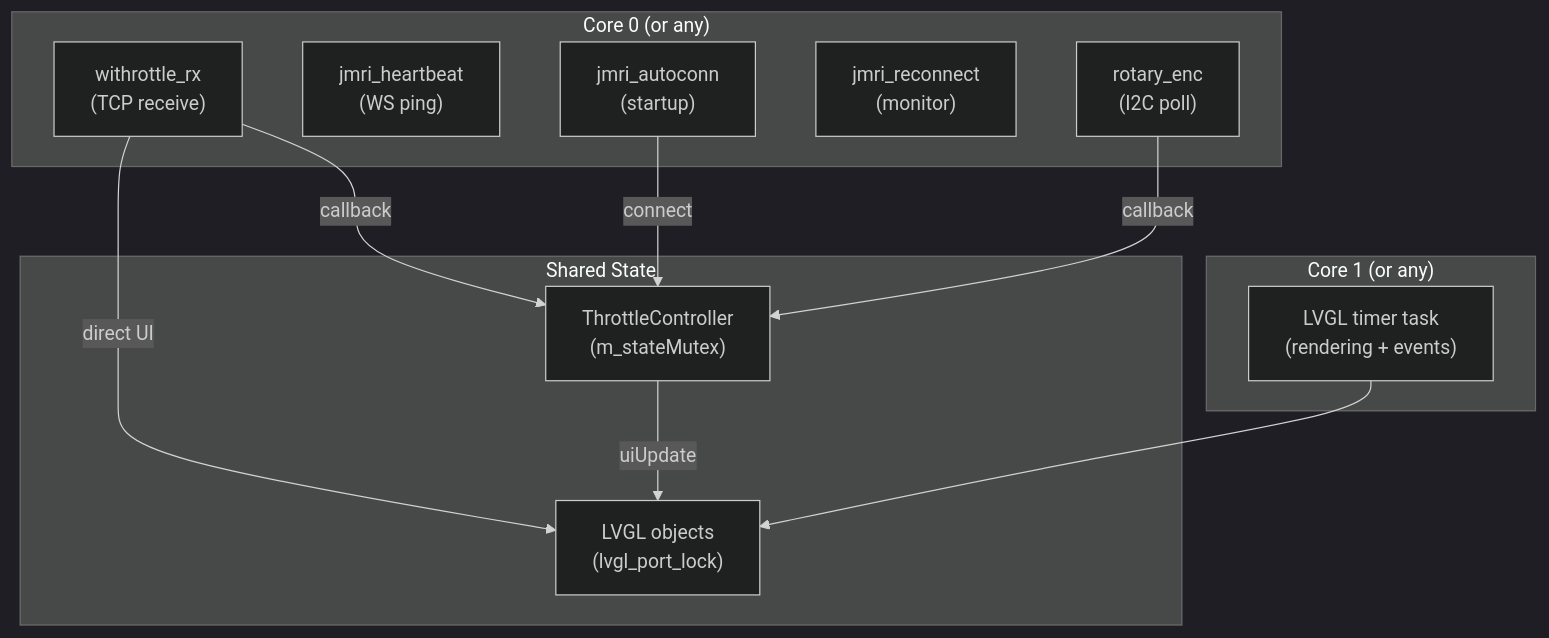
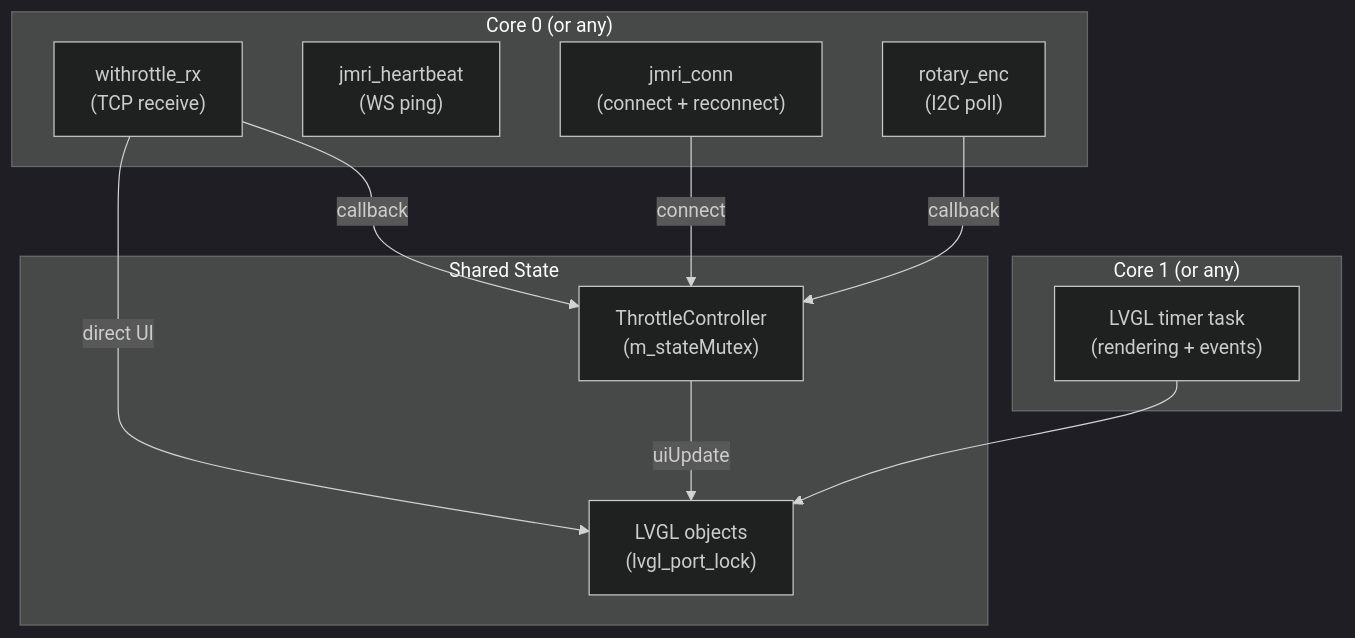
The third of 3 diagrams in docs/architecture/THREADING_MODEL.md (bazauto/esp-layout-controller), drawn with Mermaid (dark theme) before and after one commit. The commit also changed other lines of this file and 18 other files, not shown here.

````diff
--- a/docs/architecture/THREADING_MODEL.md
+++ b/docs/architecture/THREADING_MODEL.md
@@ -118,26 +119,25 @@
 ```mermaid
 flowchart TB
     subgraph core0["Core 0 (or any)"]
         WT["withrottle_rx\n(TCP receive)"]
         JH["jmri_heartbeat\n(WS ping)"]
-        JA["jmri_autoconn\n(startup)"]
-        JR["jmri_reconnect\n(monitor)"]
+        JR["jmri_conn\n(connect + reconnect)"]
         RE["rotary_enc\n(I2C poll)"]
     end
 
     subgraph core1["Core 1 (or any)"]
         LV["LVGL timer task\n(rendering + events)"]
     end
 
     subgraph shared["Shared State"]
         TC["ThrottleController\n(m_stateMutex)"]
         LP["LVGL objects\n(lvgl_port_lock)"]
     end
 
     WT -->|callback| TC
     RE -->|callback| TC
     TC -->|uiUpdate| LP
     WT -->|direct UI| LP
-    JA -->|connect| TC
+    JR -->|connect| TC
     LV --> LP
 ```
````
